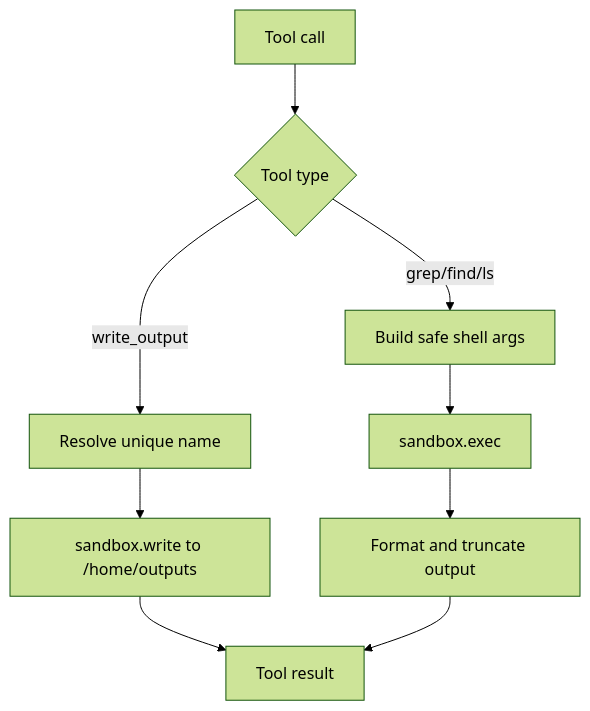
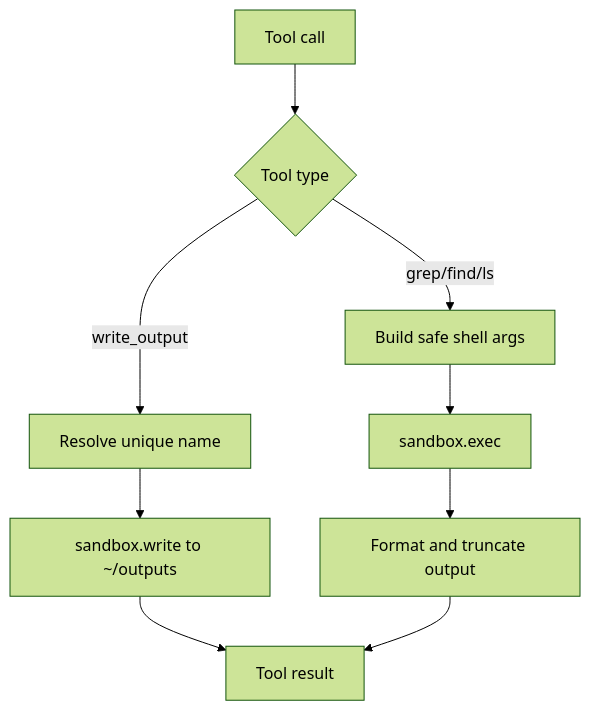
Before and after one commit to ex3ndr/daycare: the diagram in doc/internals/shell-filesystem-tools.md, drawn with Mermaid (forest theme). The commit also changed other lines of this file and 18 other files, not shown here.

````diff
--- a/doc/internals/shell-filesystem-tools.md
+++ b/doc/internals/shell-filesystem-tools.md
@@ -13,11 +13,11 @@
 ```mermaid
 flowchart TD
     A[Tool call] --> B{Tool type}
     B -->|write_output| C[Resolve unique name]
-    C --> D[sandbox.write to /home/outputs]
+    C --> D[sandbox.write to ~/outputs]
     B -->|grep/find/ls| E[Build safe shell args]
     E --> F[sandbox.exec]
     F --> G[Format and truncate output]
     D --> H[Tool result]
     G --> H
 ```
````
